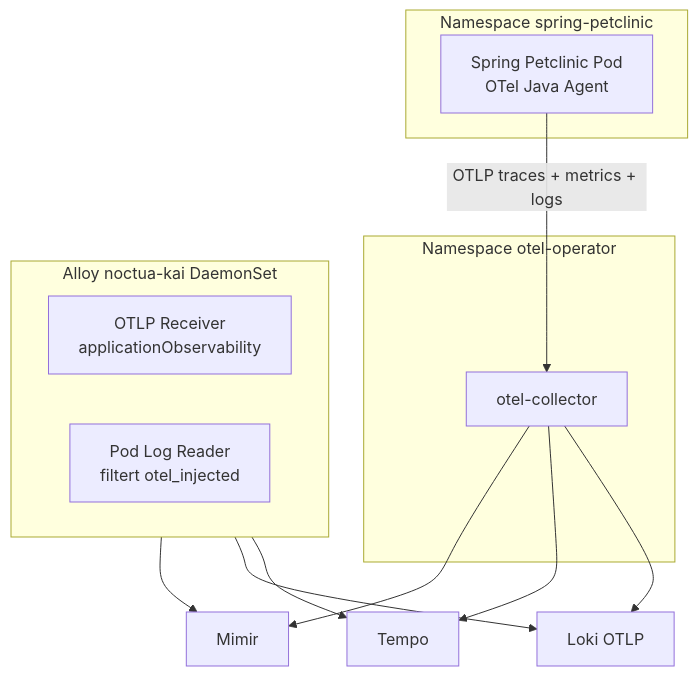
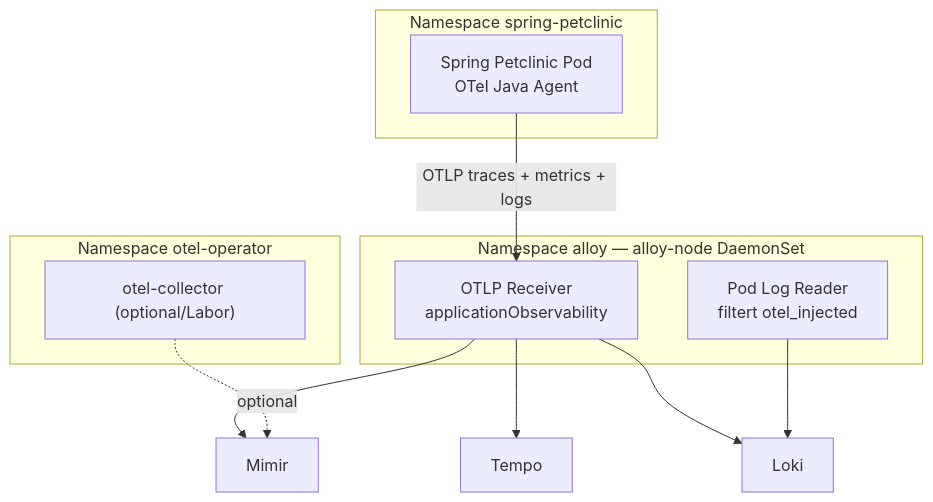
Before and after one commit to saadisfy/bwcloud-gitops: the second of 2 diagrams in docs/ObservabilitySolutions/General/LGTM-Korrelation.md, drawn with Mermaid. The commit also changed other lines of this file and 7 other files, not shown here.

First line of the commit message:
Route Spring Petclinic OTLP through Alloy and enable metric exemplars.

````diff
--- a/docs/ObservabilitySolutions/General/LGTM-Korrelation.md
+++ b/docs/ObservabilitySolutions/General/LGTM-Korrelation.md
@@ -99,24 +99,23 @@
 ```mermaid
 flowchart TB
   subgraph App["Namespace spring-petclinic"]
     PC["Spring Petclinic Pod<br/>OTel Java Agent"]
   end
 
   subgraph OTelOp["Namespace otel-operator"]
-    Coll["otel-collector"]
+    Coll["otel-collector (optional/Labor)"]
   end
 
-  subgraph Alloy["Alloy noctua-kai DaemonSet"]
+  subgraph Alloy["Namespace alloy — alloy-node DaemonSet"]
     OTLP["OTLP Receiver<br/>applicationObservability"]
     FileLog["Pod Log Reader<br/>filtert otel_injected"]
   end
 
-  PC -->|"OTLP traces + metrics + logs"| Coll
-  Coll --> Mimir["Mimir"]
-  Coll --> Tempo["Tempo"]
-  Coll --> Loki["Loki OTLP"]
+  PC -->|"OTLP traces + metrics + logs"| OTLP
+  OTLP --> Mimir["Mimir"]
+  OTLP --> Tempo["Tempo"]
+  OTLP --> Loki["Loki"]
 
-  Alloy --> Mimir
-  Alloy --> Loki
-  Alloy --> Tempo
+  FileLog --> Loki
+  Coll -.->|"optional"| Mimir
 ```
````
